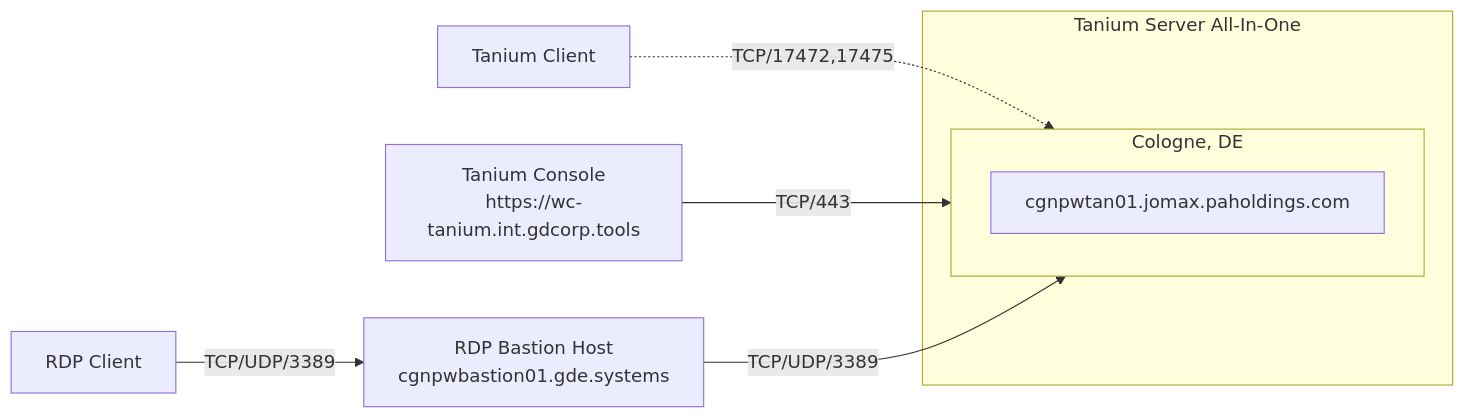
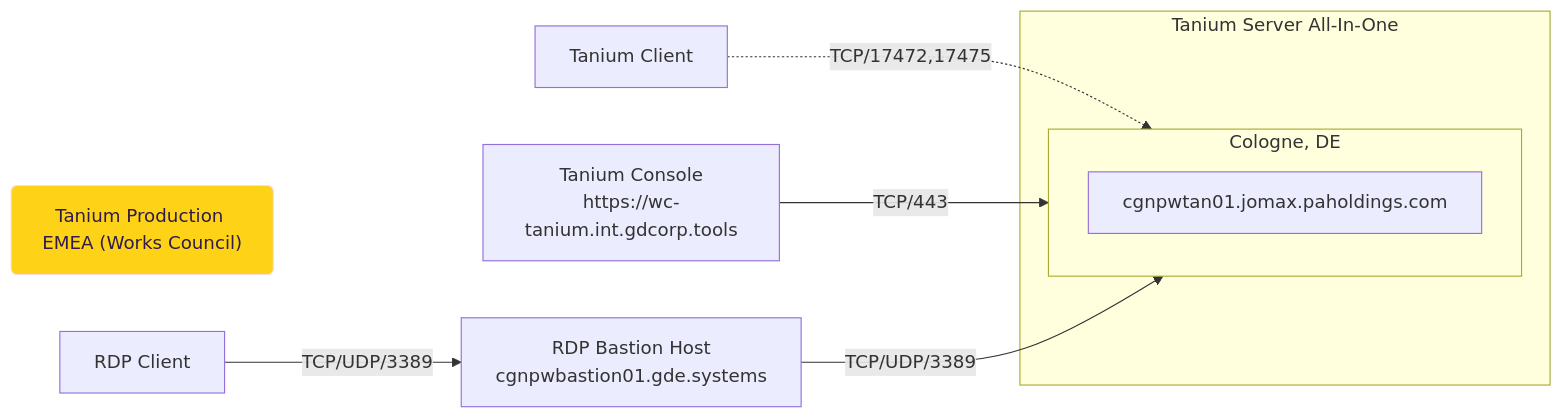
The diagram in docs/diagrams/src/tanium-architecture-prod-emea.mmd (gdsec-test/tsa-tanium-config), drawn with Mermaid before and after one commit.

Commit message:
Update styles; add label node

```diff
--- a/docs/diagrams/src/tanium-architecture-prod-emea.mmd
+++ b/docs/diagrams/src/tanium-architecture-prod-emea.mmd
@@ -1,27 +1,30 @@
 flowchart LR
     %% Define nodes and subgraphs
     subgraph TS["Tanium Server All-In-One"]
         subgraph TS_CGN["Cologne, DE"]
             TS_CGN_1["cgnpwtan01.jomax.paholdings.com"]
         end
     end
     
     %% Define nodes not part of a subgraph
+    Title("Tanium Production EMEA (Works Council)"):::StyleGoDaddyProdEMEA
     TaniumClient["Tanium Client"]
     TaniumConsole["Tanium Console<br/>https://wc-tanium.int.gdcorp.tools"]
     RDPBastion["RDP Bastion Host<br/>cgnpwbastion01.gde.systems"]
     RDPClient["RDP Client"]
 
     %% Define relationships
     TaniumClient -.->|"TCP/17472,17475"| TS_CGN
     TaniumConsole -->|"TCP/443"| TS_CGN
     RDPClient -->|"TCP/UDP/3389"| RDPBastion -->|"TCP/UDP/3389"| TS_CGN
 
     %% Add hyperlinks
     click TaniumConsole "https://wc-tanium.int.gdcorp.tools" "Tanium Console (VPN Required)"
 
     %% Define styles
-    classDef className fill:#f9f,stroke:#333,stroke-width:4px;
+    classDef StyleGoDaddyProd fill:#E22726,color:#000000,stroke:#FFFFFF,stroke-width:1px;
+    classDef StyleGoDaddyProdEMEA fill:#FED317,color:#2F1C4C,stroke:#FADCD9,stroke-width:1px;
+    classDef StyleGoDaddyDev fill:#00782E,color:#D8EFEF,stroke:#FFEEA9,stroke-width:1px;
     
     %% Assign styles
-    %%class TaniumClient,TaniumConsole,RDPClient className;
+    %%class Title StyleGoDaddyProdEMEA;
```
